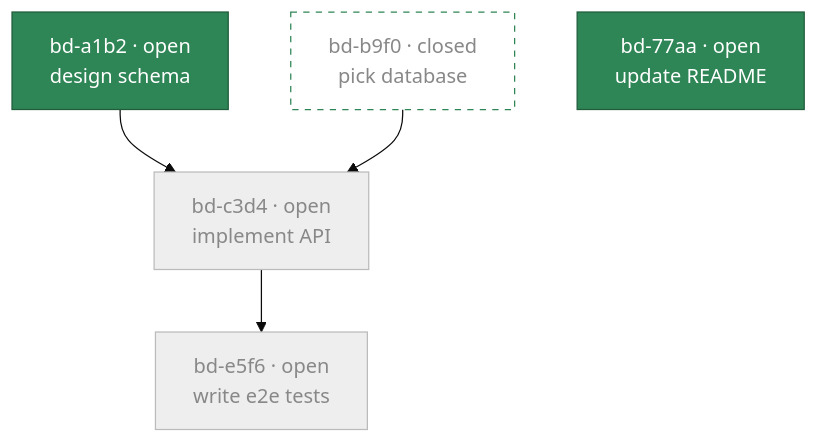
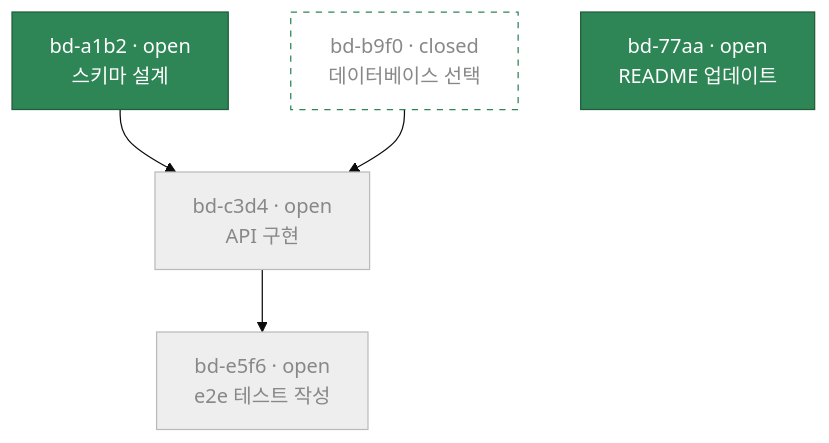
Before and after one commit to gastownhall/beads: the second of 4 diagrams in docs/core-concepts/index.md, drawn with Mermaid (base theme). The commit also changed other lines of this file and 179 other files, not shown here.

````diff
--- a/docs/core-concepts/index.md
+++ b/docs/core-concepts/index.md
@@ -56,14 +54,14 @@
 ```mermaid
 flowchart TD
-    A["bd-a1b2 · open<br/>design schema"] --> C["bd-c3d4 · open<br/>implement API"]
-    B["bd-b9f0 · closed<br/>pick database"] --> C
-    C --> D["bd-e5f6 · open<br/>write e2e tests"]
-    E["bd-77aa · open<br/>update README"]
+    A["bd-a1b2 · open<br/>스키마 설계"] --> C["bd-c3d4 · open<br/>API 구현"]
+    B["bd-b9f0 · closed<br/>데이터베이스 선택"] --> C
+    C --> D["bd-e5f6 · open<br/>e2e 테스트 작성"]
+    E["bd-77aa · open<br/>README 업데이트"]
 
     classDef ready fill:#2e8555,color:#fff,stroke:#205d3b
     classDef blocked fill:#eee,color:#888,stroke:#bbb
     classDef done fill:#fff,color:#888,stroke:#2e8555,stroke-dasharray: 5 5
     class A,E ready
     class C,D blocked
     class B done
 ```
````
